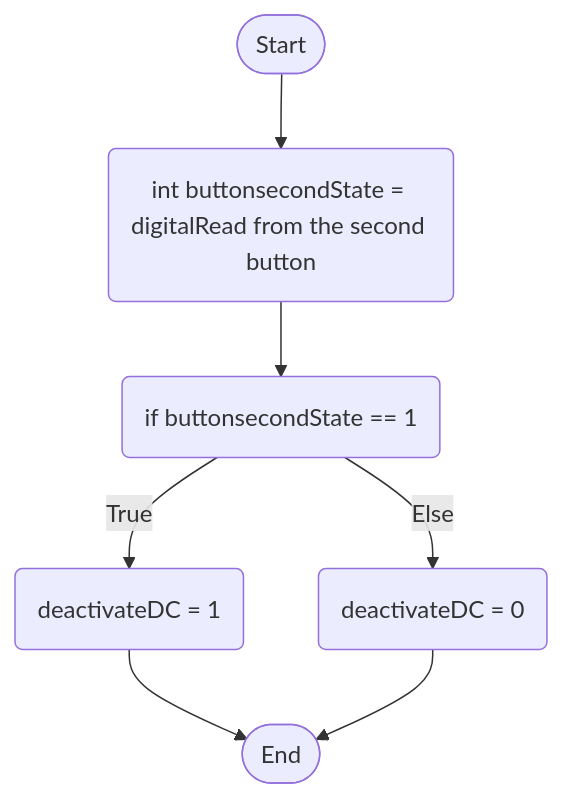
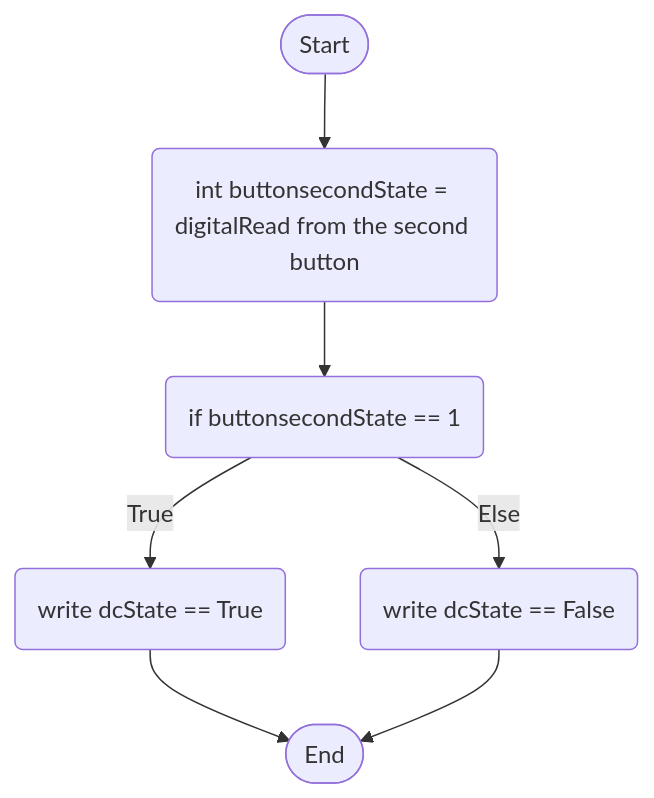
Before and after one commit to 4060269/SmartWorkstationAssessment3: the diagram in Flowcharts/secondButtonLogic.md, drawn with Mermaid. The commit also changed other lines of this file, not shown here.

````diff
--- a/Flowcharts/secondButtonLogic.md
+++ b/Flowcharts/secondButtonLogic.md
@@ -3,16 +5,16 @@
 ```mermaid
 flowchart TD
 terminalStart([Start])
 terminalEnd([End])
 setbuttonValue(int buttonsecondState = digitalRead from the second button)
 activateButton0(if buttonsecondState == 1)
-activateButton1(deactivateDC = 1)
-activateButton2(deactivateDC = 0)
+activateButton1(write dcState == True)
+activateButton2(write dcState == False)
    
 terminalStart --> setbuttonValue
 setbuttonValue --> activateButton0
 activateButton0 --> |True| activateButton1
 activateButton0 --> |Else| activateButton2
 activateButton1 --> terminalEnd
 activateButton2 --> terminalEnd
 ```
````
